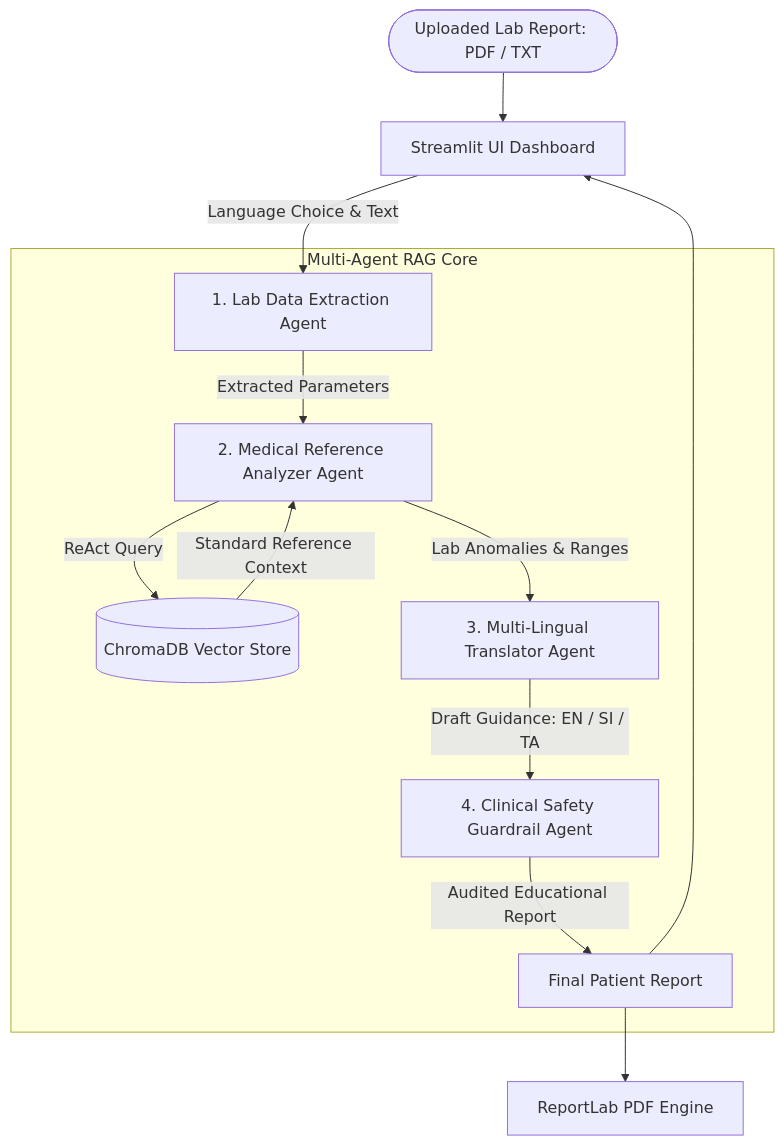
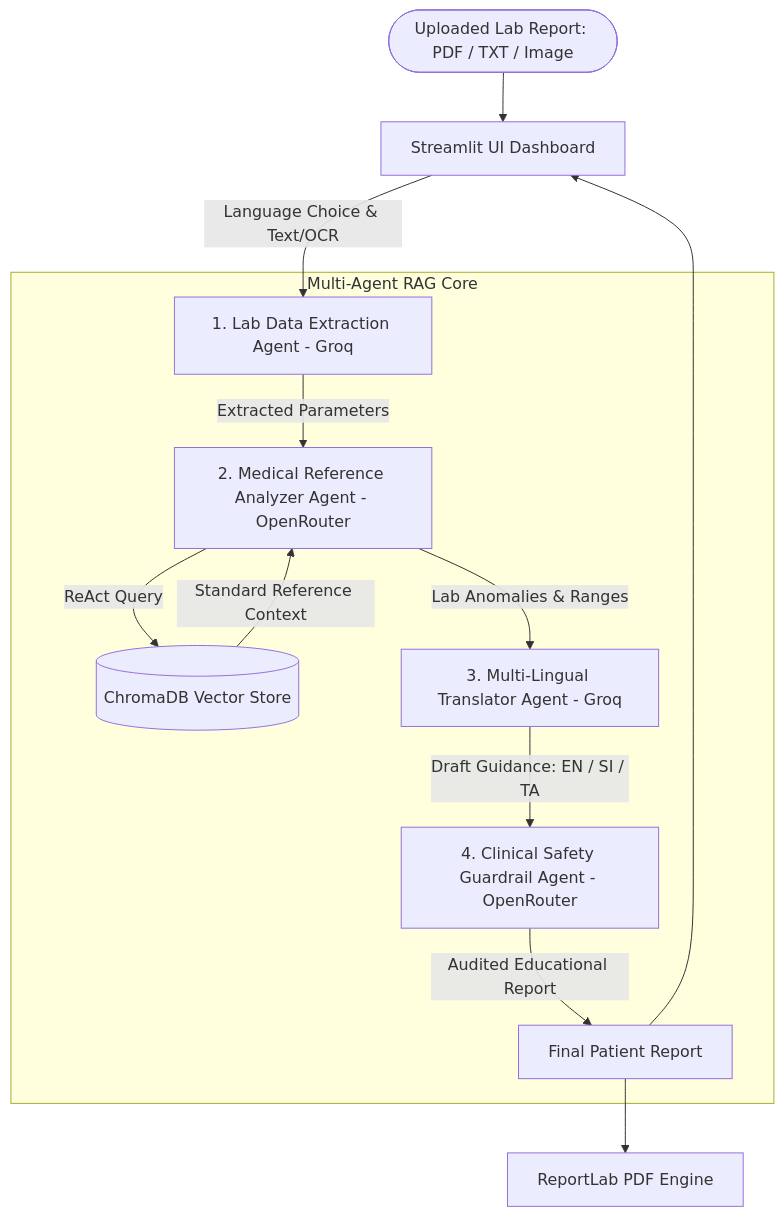
The first of 2 diagrams in README.md (AnjanaMadhushanaj/Heart_Agent_App), drawn with Mermaid before and after one commit. The commit also changed other lines of this file and 1 other file, not shown here.

Commit message:
feat(agents): implement hybrid Groq and OpenRouter LLM architecture to load-balance token limits and active API keys

````diff
--- a/README.md
+++ b/README.md
@@ -60,17 +60,17 @@
 ```mermaid
 graph TD
-    User([Uploaded Lab Report: PDF / TXT]) --> UI[Streamlit UI Dashboard]
-    UI -->|Language Choice & Text| Agent1[1. Lab Data Extraction Agent]
+    User([Uploaded Lab Report: PDF / TXT / Image]) --> UI[Streamlit UI Dashboard]
+    UI -->|Language Choice & Text/OCR| Agent1[1. Lab Data Extraction Agent - Groq]
     
     subgraph Multi-Agent RAG Core
-        Agent1 -->|Extracted Parameters| Agent2[2. Medical Reference Analyzer Agent]
+        Agent1 -->|Extracted Parameters| Agent2[2. Medical Reference Analyzer Agent - OpenRouter]
         Agent2 -->|ReAct Query| RAG[(ChromaDB Vector Store)]
         RAG -->|Standard Reference Context| Agent2
-        Agent2 -->|Lab Anomalies & Ranges| Agent3[3. Multi-Lingual Translator Agent]
-        Agent3 -->|Draft Guidance: EN / SI / TA| Agent4[4. Clinical Safety Guardrail Agent]
+        Agent2 -->|Lab Anomalies & Ranges| Agent3[3. Multi-Lingual Translator Agent - Groq]
+        Agent3 -->|Draft Guidance: EN / SI / TA| Agent4[4. Clinical Safety Guardrail Agent - OpenRouter]
         Agent4 -->|Audited Educational Report| FinalReport[Final Patient Report]
     end
     
     FinalReport --> UI
     FinalReport --> PDF[ReportLab PDF Engine]
 ```
````
